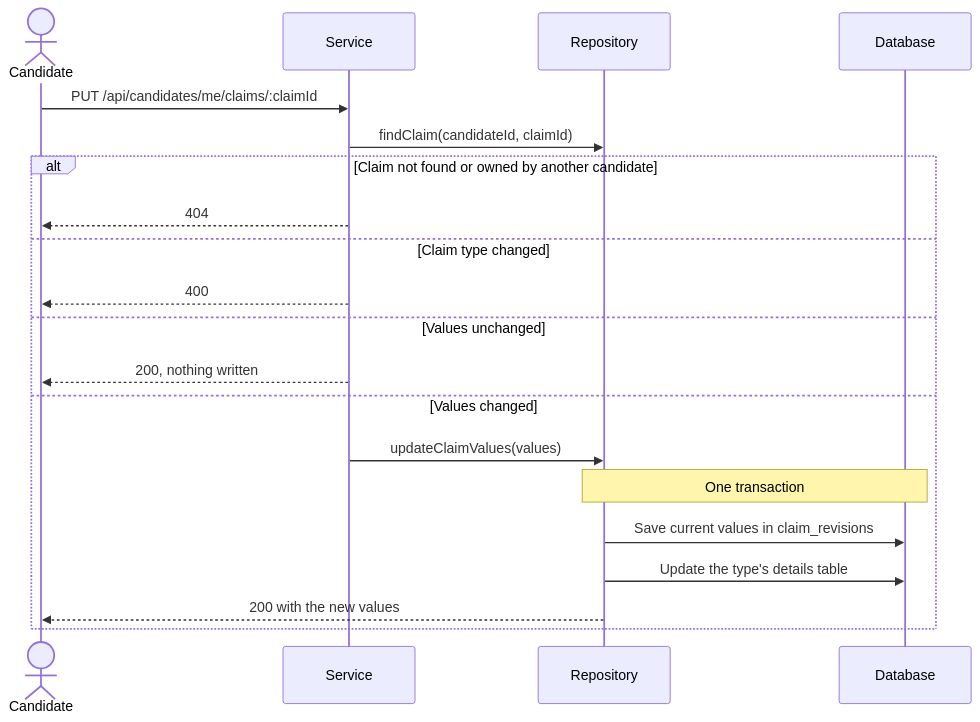
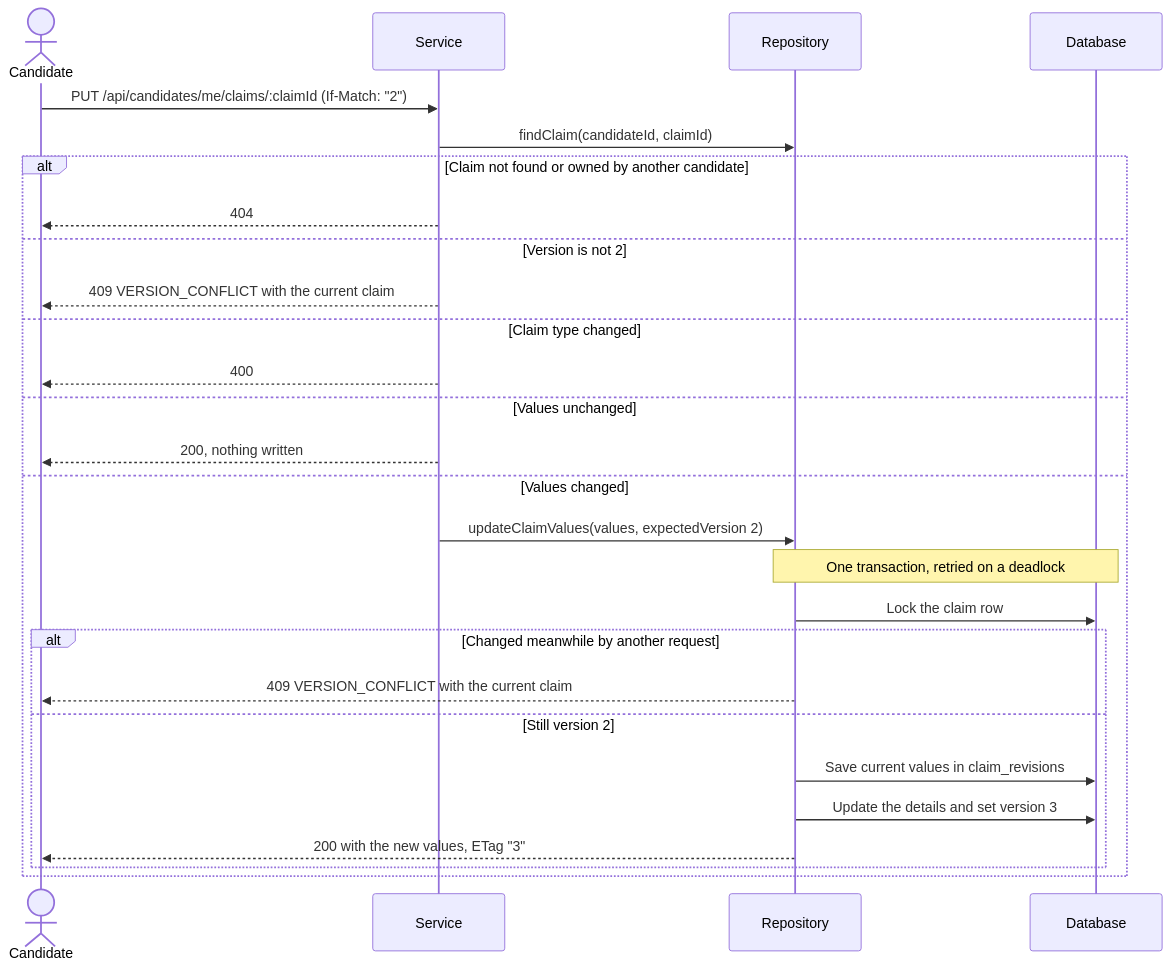
Before and after one commit to cv-parser-team/Backend: the first of 2 diagrams in docs/modules/candidates.md, drawn with Mermaid. The commit also changed other lines of this file and 5 other files, not shown here.

````diff
--- a/docs/modules/candidates.md
+++ b/docs/modules/candidates.md
@@ -38,23 +47,30 @@
 ```mermaid
 sequenceDiagram
     actor Candidate
     participant Service
     participant Repository
     participant Database
 
-    Candidate->>Service: PUT /api/candidates/me/claims/:claimId
+    Candidate->>Service: PUT /api/candidates/me/claims/:claimId (If-Match: "2")
     Service->>Repository: findClaim(candidateId, claimId)
     alt Claim not found or owned by another candidate
         Service-->>Candidate: 404
+    else Version is not 2
+        Service-->>Candidate: 409 VERSION_CONFLICT with the current claim
     else Claim type changed
         Service-->>Candidate: 400
     else Values unchanged
         Service-->>Candidate: 200, nothing written
     else Values changed
-        Service->>Repository: updateClaimValues(values)
-        Note over Repository,Database: One transaction
-        Repository->>Database: Save current values in claim_revisions
-        Repository->>Database: Update the type's details table
-        Repository-->>Candidate: 200 with the new values
+        Service->>Repository: updateClaimValues(values, expectedVersion 2)
+        Note over Repository,Database: One transaction, retried on a deadlock
+        Repository->>Database: Lock the claim row
+        alt Changed meanwhile by another request
+            Repository-->>Candidate: 409 VERSION_CONFLICT with the current claim
+        else Still version 2
+            Repository->>Database: Save current values in claim_revisions
+            Repository->>Database: Update the details and set version 3
+            Repository-->>Candidate: 200 with the new values, ETag "3"
+        end
     end
 ```
````
